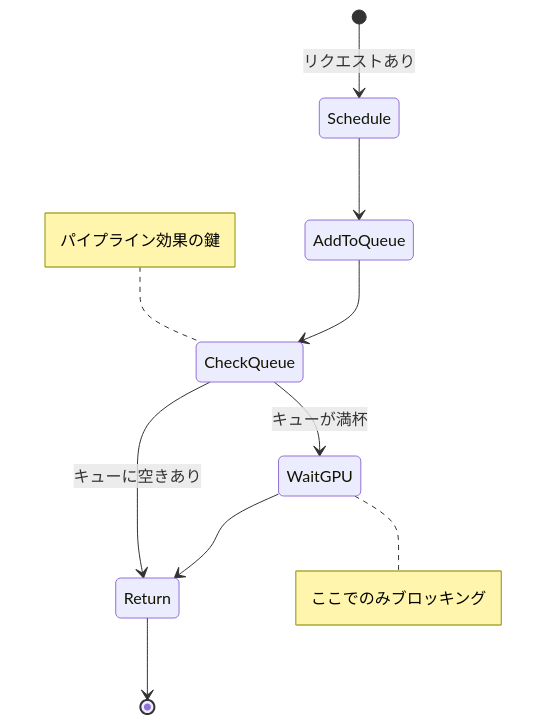
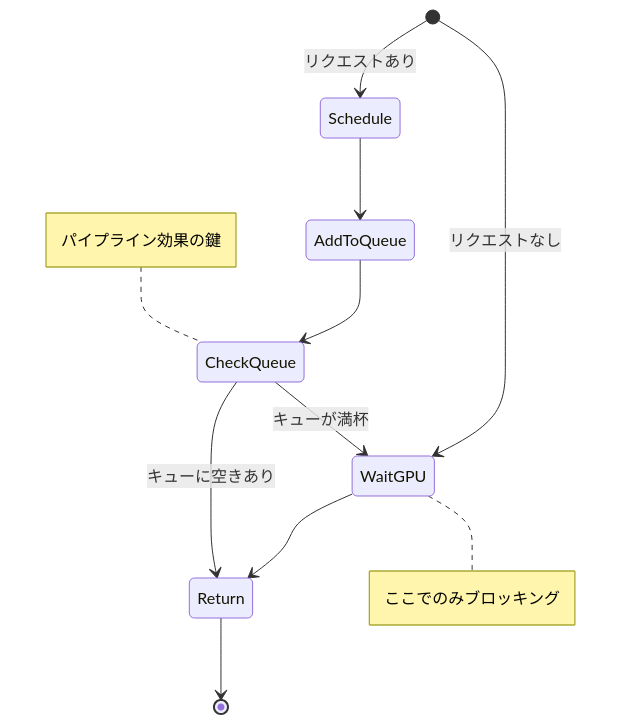
The third of 11 diagrams in articles/d2ed7115cf4578.md (littlemex/zenn), drawn with Mermaid before and after one commit. The commit also changed other lines of this file, not shown here.

````diff
--- a/articles/d2ed7115cf4578.md
+++ b/articles/d2ed7115cf4578.md
@@ -166,22 +131,23 @@
 ```mermaid
 stateDiagram-v2
     [*] --> Schedule: リクエストあり
+    [*] --> WaitGPU: リクエストなし
 
     Schedule --> AddToQueue
     AddToQueue --> CheckQueue
 
     CheckQueue --> Return: キューに空きあり
     CheckQueue --> WaitGPU: キューが満杯
 
     WaitGPU --> Return
 
     Return --> [*]
 
     note left of CheckQueue
         パイプライン効果の鍵
     end note
 
     note right of WaitGPU
         ここでのみブロッキング
     end note
 ```
````
